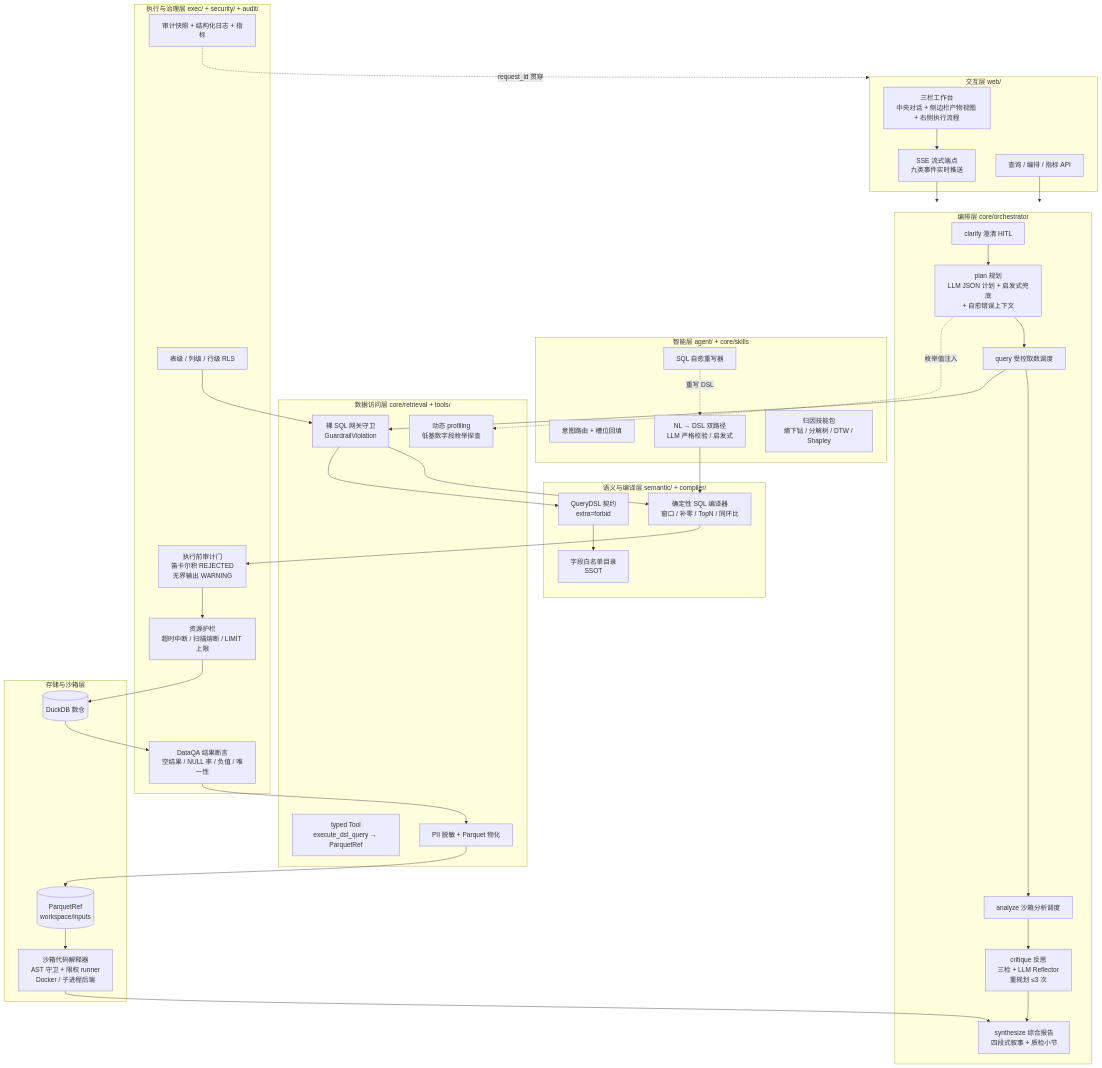
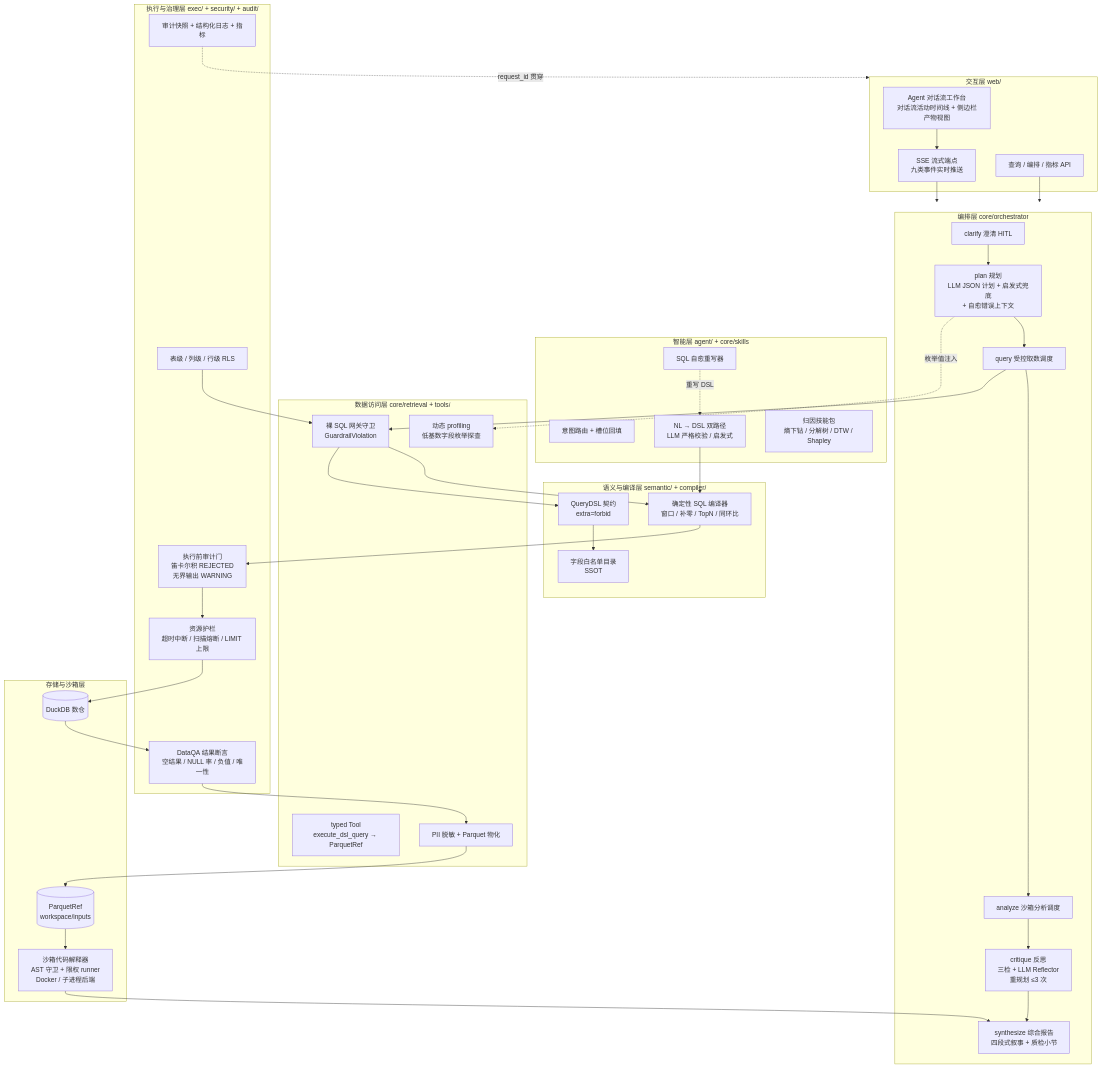
Before and after one commit to Cwentor/FutureBI: the second of 4 diagrams in docs/architecture.md, drawn with Mermaid. The commit also changed other lines of this file and 2 other files, not shown here.

Commit message:
docs(web): 同步 Agent 对话流工作台描述——活动时间线取代右栏

````diff
--- a/docs/architecture.md
+++ b/docs/architecture.md
@@ -47,65 +47,65 @@
 ```mermaid
 flowchart TB
     subgraph L1[交互层 web/]
-        WEBUI[三栏工作台<br>中央对话 + 侧边栏产物视图 + 右侧执行流程]
+        WEBUI[Agent 对话流工作台<br>对话流活动时间线 + 侧边栏产物视图]
         SSE[SSE 流式端点<br>九类事件实时推送]
         API[查询 / 编排 / 指标 API]
     end
 
     subgraph L2[编排层 core/orchestrator]
         CLARIFY[clarify 澄清 HITL]
         PLAN[plan 规划<br>LLM JSON 计划 + 启发式兜底<br>+ 自愈错误上下文]
         QUERY[query 受控取数调度]
         ANALYZE[analyze 沙箱分析调度]
         CRITIC[critique 反思<br>三检 + LLM Reflector<br>重规划 ≤3 次]
         SYNTH[synthesize 综合报告<br>四段式叙事 + 质检小节]
     end
 
     subgraph L3[智能层 agent/ + core/skills]
         ROUTER[意图路由 + 槽位回填]
         NL2DSL[NL → DSL 双路径<br>LLM 严格校验 / 启发式]
         HEAL[SQL 自愈重写器]
         SKILLS[归因技能包<br>熵下钻 / 分解树 / DTW / Shapley]
     end
 
     subgraph L4[数据访问层 core/retrieval + tools/]
         GW[裸 SQL 网关守卫<br>GuardrailViolation]
         PROF[动态 profiling<br>低基数字段枚举探查]
         TOOL[typed Tool<br>execute_dsl_query → ParquetRef]
         EXPORT[PII 脱敏 + Parquet 物化]
     end
 
     subgraph L5[语义与编译层 semantic/ + compiler/]
         CATALOG[字段白名单目录<br>SSOT]
         DSLC[QueryDSL 契约<br>extra=forbid]
         CMP[确定性 SQL 编译器<br>窗口 / 补零 / TopN / 同环比]
     end
 
     subgraph L6[执行与治理层 exec/ + security/ + audit/]
         GAUD[执行前审计门<br>笛卡尔积 REJECTED<br>无界输出 WARNING]
         EXECG[资源护栏<br>超时中断 / 扫描熔断 / LIMIT 上限]
         QA[DataQA 结果断言<br>空结果 / NULL 率 / 负值 / 唯一性]
         RLS[表级 / 列级 / 行级 RLS]
         OBS[审计快照 + 结构化日志 + 指标]
     end
 
     subgraph L7[存储与沙箱层]
         DB[(DuckDB 数仓)]
         SBX2[沙箱代码解释器<br>AST 守卫 + 限权 runner<br>Docker / 子进程后端]
         PQ[(ParquetRef<br>workspace/inputs)]
     end
 
     WEBUI --> SSE --> L2
     API --> L2
     CLARIFY --> PLAN --> QUERY --> ANALYZE --> CRITIC --> SYNTH
     QUERY --> GW --> CMP
     PLAN -.->|枚举值注入| PROF
     GW --> DSLC --> CATALOG
     CMP --> GAUD --> EXECG --> DB
     DB --> QA --> EXPORT --> PQ --> SBX2
     SBX2 --> SYNTH
     NL2DSL --> CMP
     HEAL -.->|重写 DSL| NL2DSL
     RLS --> GW
     OBS -.->|request_id 贯穿| L1
 ```
````
